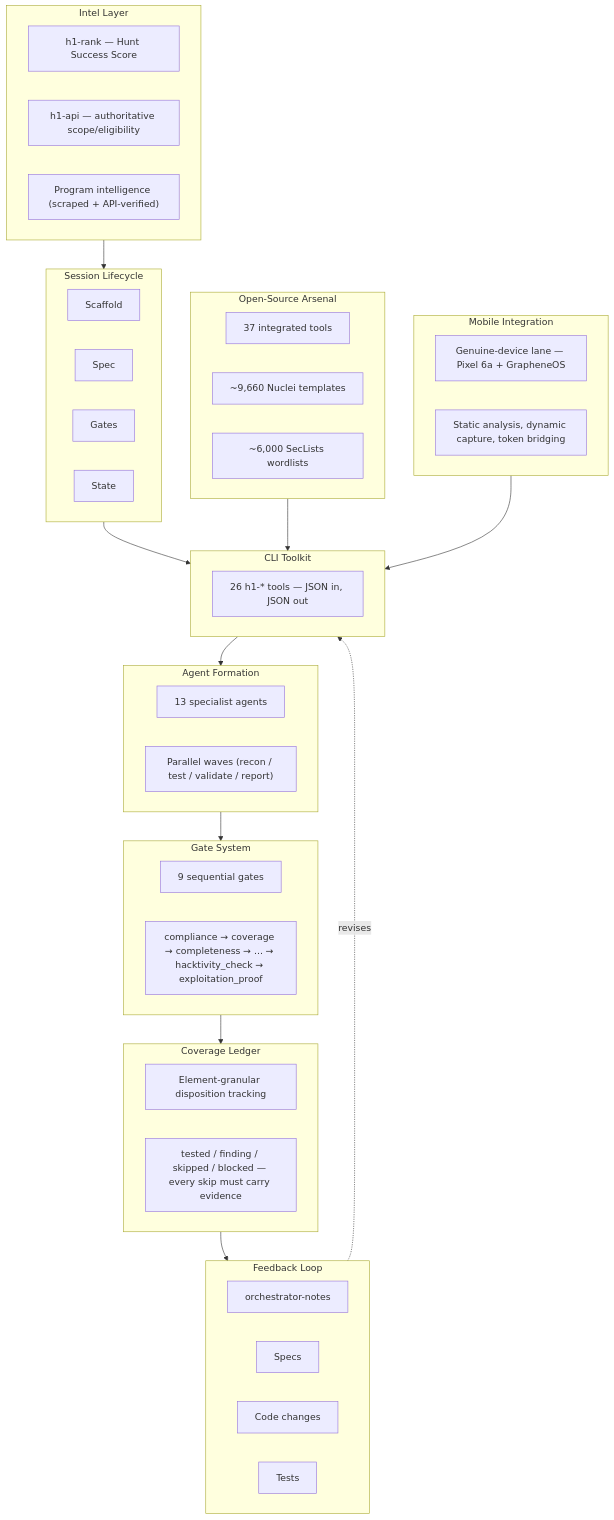
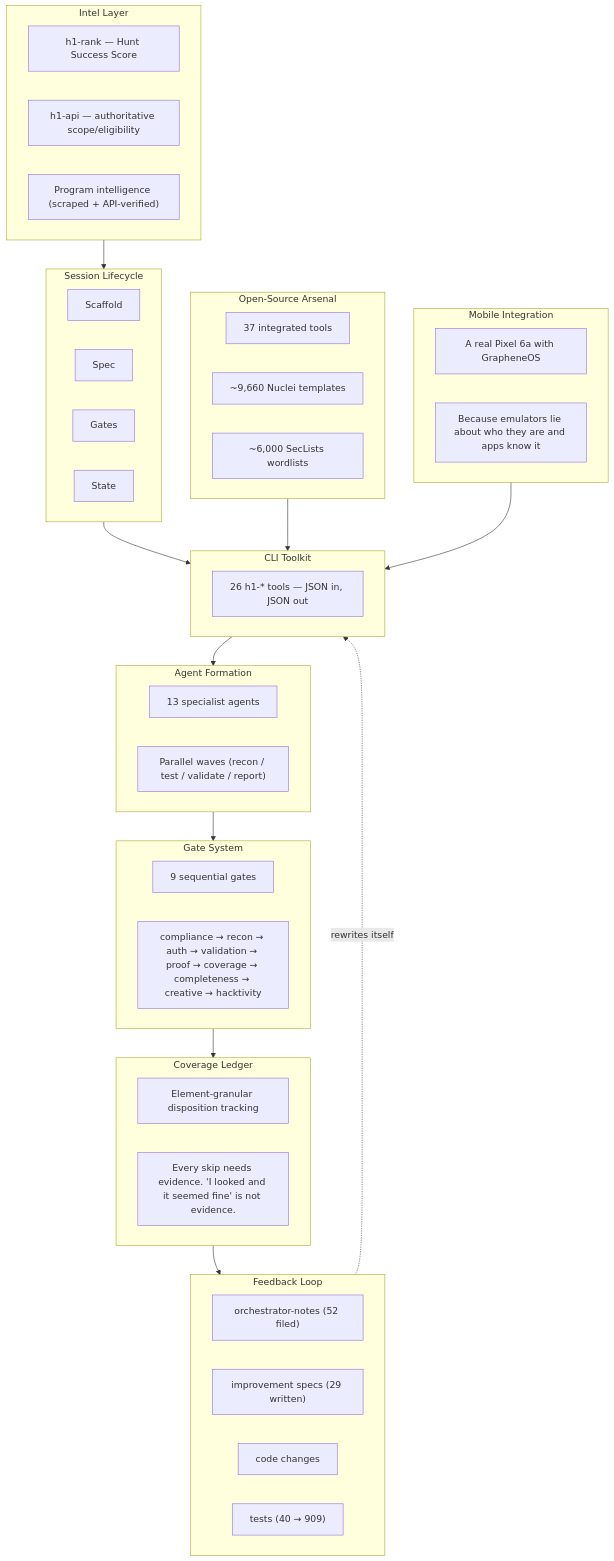
Before and after one commit to herakles-dev/h1-security-lab-showcase: the diagram in README.md, drawn with Mermaid. The commit also changed other lines of this file, not shown here.

````diff
--- a/README.md
+++ b/README.md
@@ -37,57 +41,57 @@
 ```mermaid
 flowchart TB
     subgraph Intel["Intel Layer"]
         A1["h1-rank — Hunt Success Score"]
         A2["h1-api — authoritative scope/eligibility"]
         A3["Program intelligence (scraped + API-verified)"]
     end
 
     subgraph Lifecycle["Session Lifecycle"]
         B1["Scaffold"]
         B2["Spec"]
         B3["Gates"]
         B4["State"]
     end
 
     subgraph Toolkit["CLI Toolkit"]
         C1["26 h1-* tools — JSON in, JSON out"]
     end
 
     subgraph Formation["Agent Formation"]
         D1["13 specialist agents"]
         D2["Parallel waves (recon / test / validate / report)"]
     end
 
     subgraph Gates["Gate System"]
         E1["9 sequential gates"]
-        E2["compliance → coverage → completeness → ... → hacktivity_check → exploitation_proof"]
+        E2["compliance → recon → auth → validation → proof → coverage → completeness → creative → hacktivity"]
     end
 
     subgraph Ledger["Coverage Ledger"]
         F1["Element-granular disposition tracking"]
-        F2["tested / finding / skipped / blocked — every skip must carry evidence"]
+        F2["Every skip needs evidence. 'I looked and it seemed fine' is not evidence."]
     end
 
     subgraph Feedback["Feedback Loop"]
-        G1["orchestrator-notes"]
-        G2["Specs"]
-        G3["Code changes"]
-        G4["Tests"]
+        G1["orchestrator-notes (52 filed)"]
+        G2["improvement specs (29 written)"]
+        G3["code changes"]
+        G4["tests (40 → 909)"]
     end
 
     subgraph Arsenal["Open-Source Arsenal"]
         H1["37 integrated tools"]
         H2["~9,660 Nuclei templates"]
         H3["~6,000 SecLists wordlists"]
     end
 
     subgraph Mobile["Mobile Integration"]
-        I1["Genuine-device lane — Pixel 6a + GrapheneOS"]
-        I2["Static analysis, dynamic capture, token bridging"]
+        I1["A real Pixel 6a with GrapheneOS"]
+        I2["Because emulators lie about who they are and apps know it"]
     end
 
     Intel --> Lifecycle --> Toolkit --> Formation --> Gates --> Ledger --> Feedback
-    Feedback -.->|revises| Toolkit
+    Feedback -.->|"rewrites itself"| Toolkit
     Arsenal --> Toolkit
     Mobile --> Toolkit
 ```
````
